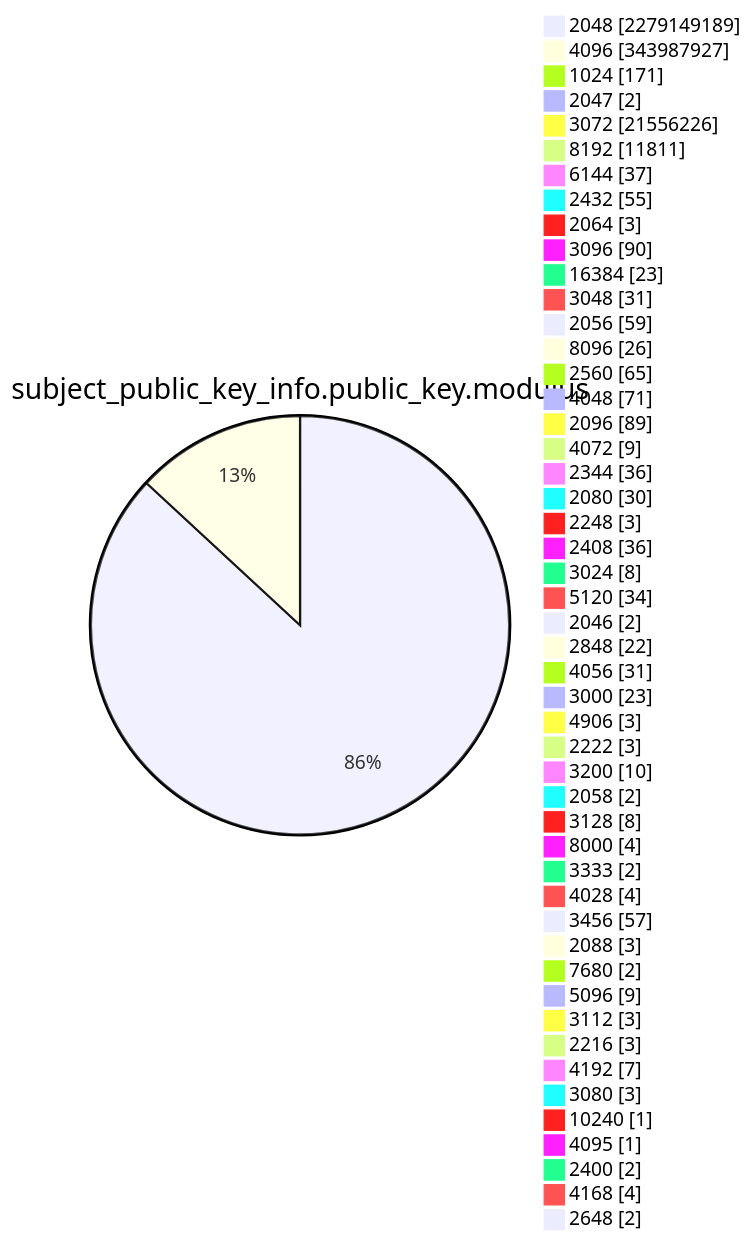
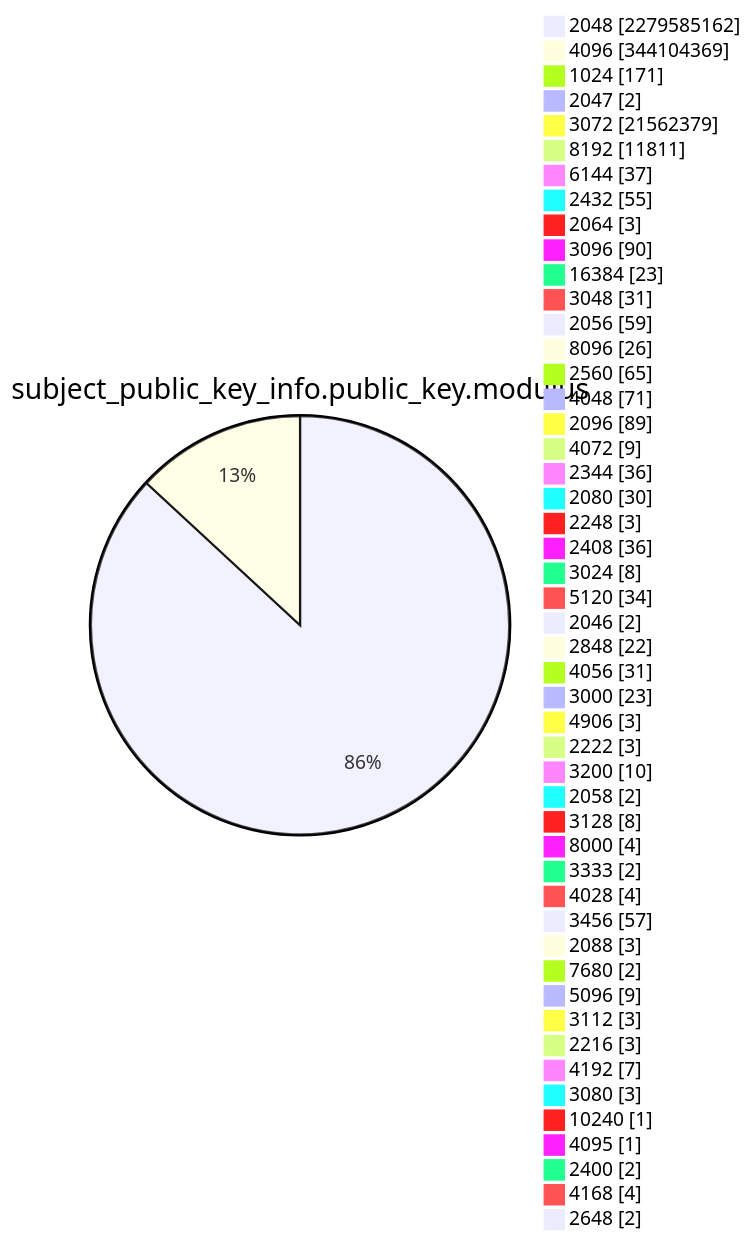
Diagram 13 of 15 in TOTAL/README.md (christiankrug/ctmonitor_visualization), drawn with Mermaid before and after one commit. The commit also changed other lines of this file, not shown here.

````diff
--- a/TOTAL/README.md
+++ b/TOTAL/README.md
@@ -4167,53 +4167,53 @@
 ```mermaid
 pie showData
 title subject_public_key_info.public_key.modulus
-"2048" :2279149189
-"4096" :343987927
+"2048" :2279585162
+"4096" :344104369
 "1024" :171
 "2047" :2
-"3072" :21556226
+"3072" :21562379
 "8192" :11811
 "6144" :37
 "2432" :55
 "2064" :3
 "3096" :90
 "16384" :23
 "3048" :31
 "2056" :59
 "8096" :26
 "2560" :65
 "4048" :71
 "2096" :89
 "4072" :9
 "2344" :36
 "2080" :30
 "2248" :3
 "2408" :36
 "3024" :8
 "5120" :34
 "2046" :2
 "2848" :22
 "4056" :31
 "3000" :23
 "4906" :3
 "2222" :3
 "3200" :10
 "2058" :2
 "3128" :8
 "8000" :4
 "3333" :2
 "4028" :4
 "3456" :57
 "2088" :3
 "7680" :2
 "5096" :9
 "3112" :3
 "2216" :3
 "4192" :7
 "3080" :3
 "10240" :1
 "4095" :1
 "2400" :2
 "4168" :4
 "2648" :2
 ```
````
